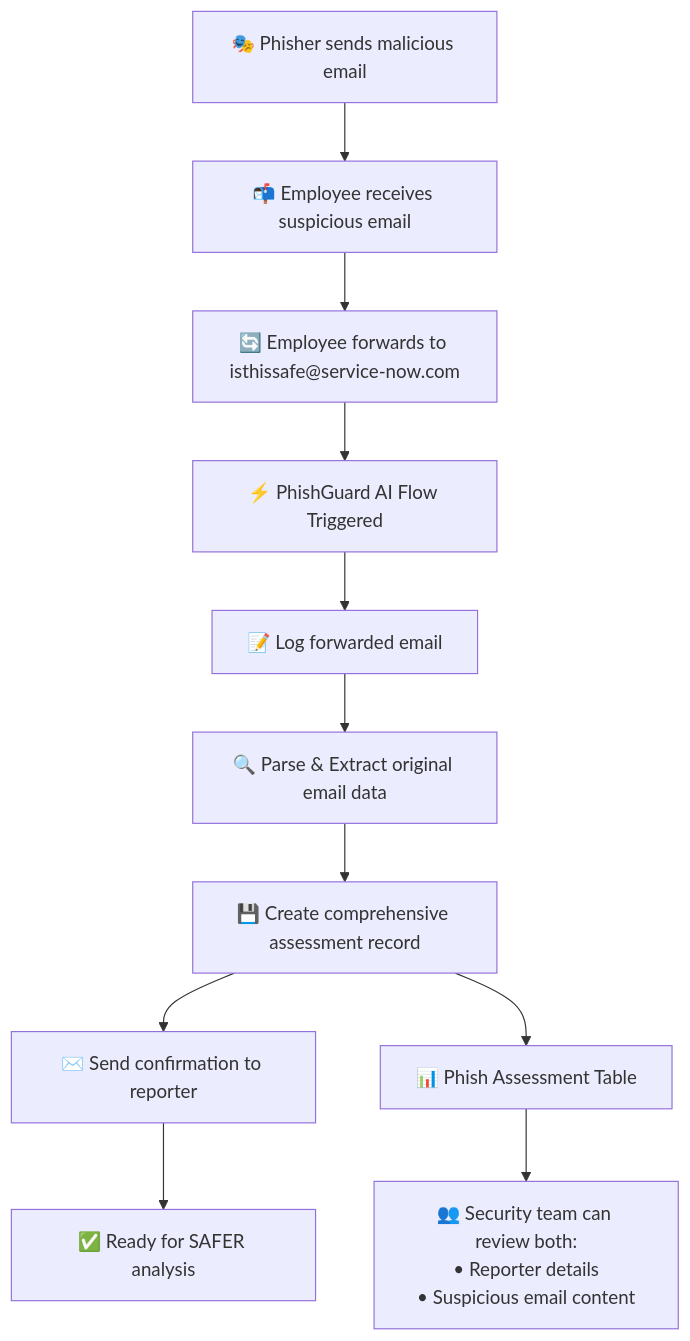
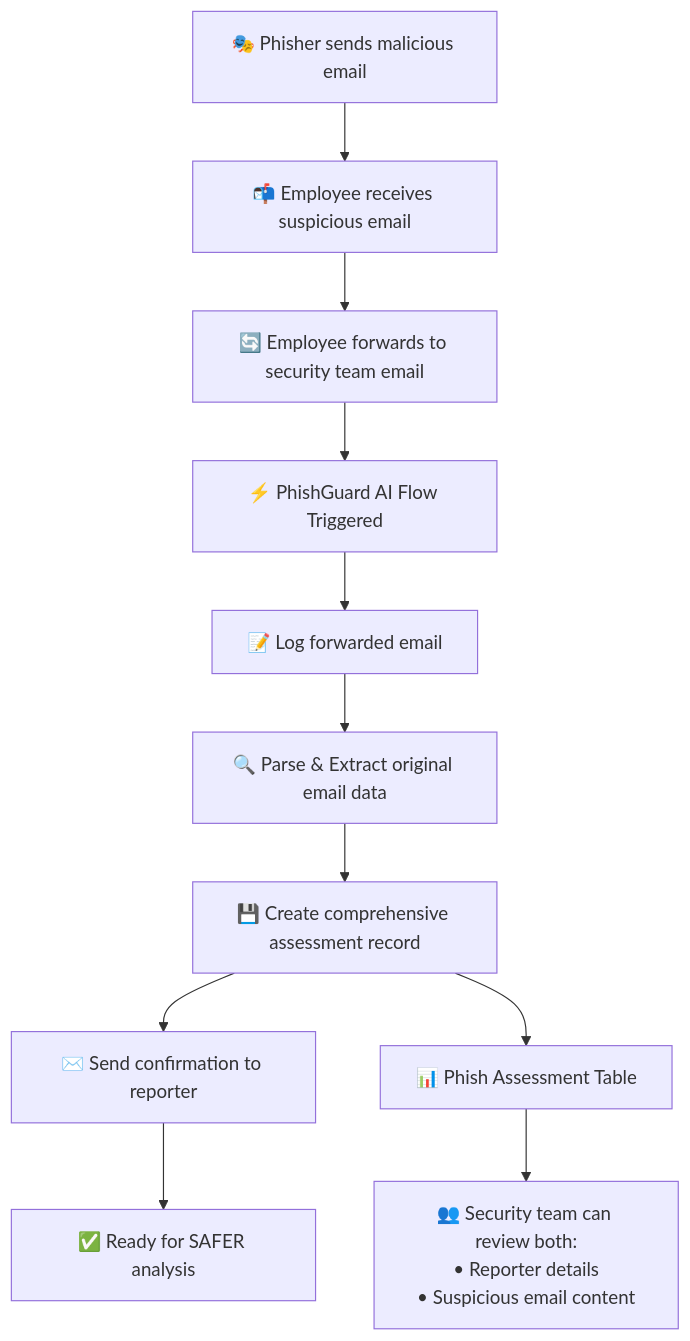
Before and after one commit to MarcMouries/PhishGuard-AI: the diagram in docs/README.md, drawn with Mermaid. The commit also changed other lines of this file and 1 other file, not shown here.

````diff
--- a/docs/README.md
+++ b/docs/README.md
@@ -479,14 +479,14 @@
 ```mermaid
 graph TD
     A[🎭 Phisher sends malicious email] --> B[📬 Employee receives suspicious email]
-    B --> C[🔄 Employee forwards to isthissafe@service-now.com]
+    B --> C[🔄 Employee forwards to security team email]
     C --> D[⚡ PhishGuard AI Flow Triggered]
     D --> E[📝 Log forwarded email]
     E --> F[🔍 Parse & Extract original email data]
     F --> G[💾 Create comprehensive assessment record]
     G --> H[✉️ Send confirmation to reporter]
     H --> I[✅ Ready for SAFER analysis]
     
     G --> J[📊 Phish Assessment Table]
     J --> K[👥 Security team can review both:<br/>• Reporter details<br/>• Suspicious email content]
 ```
````
